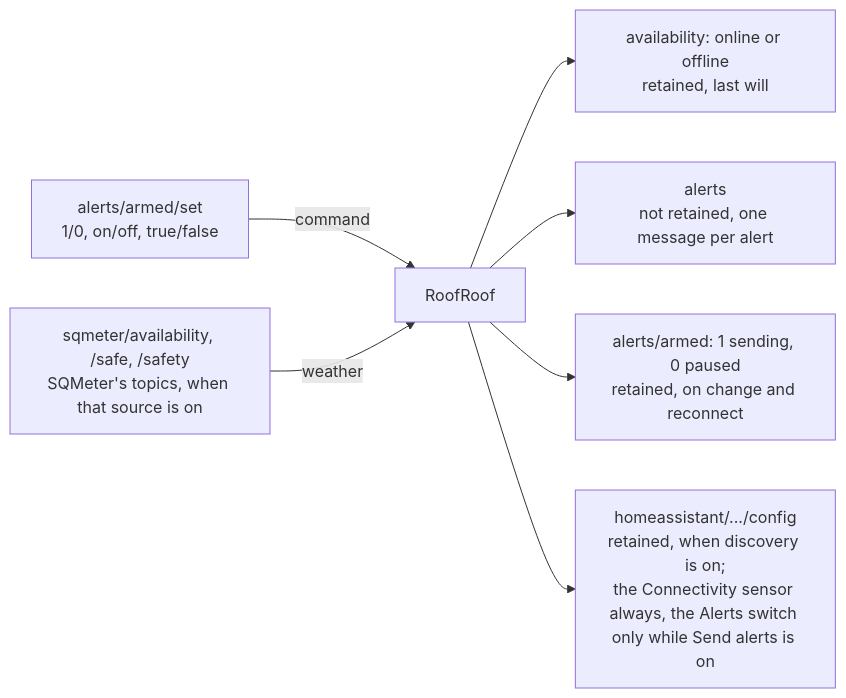
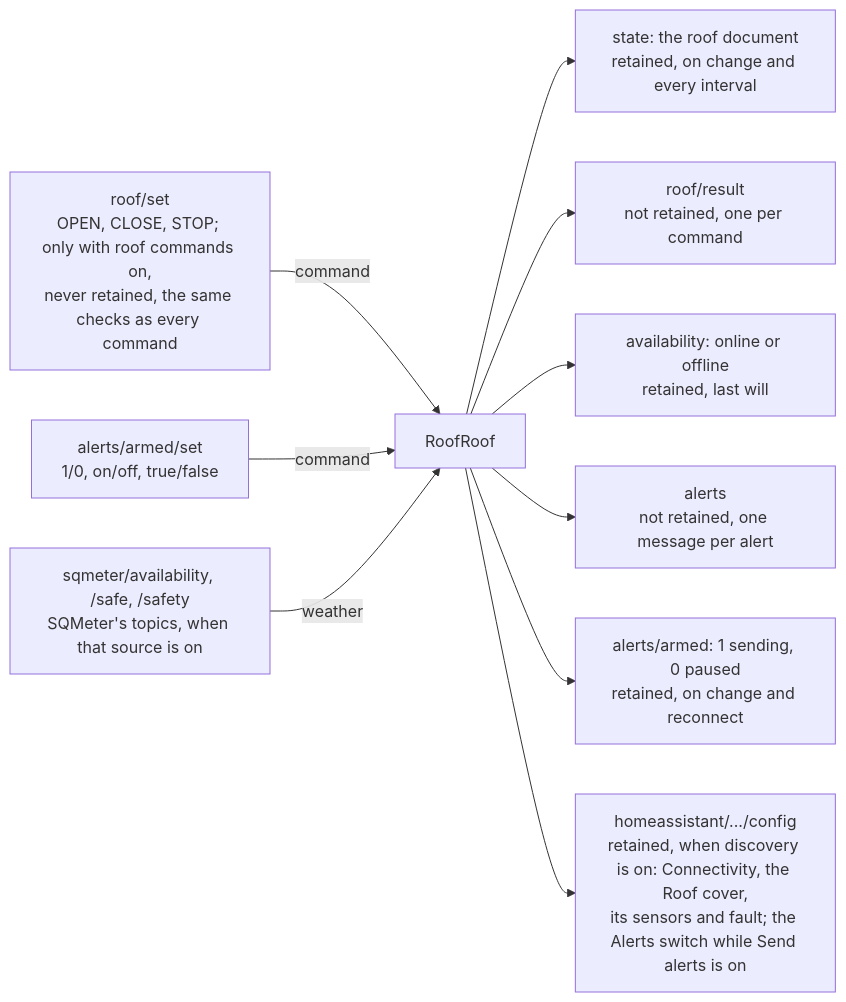
The diagram in docs/user-guide/mqtt.md (DeanJ87/RoofRoof), drawn with Mermaid before and after one commit. The commit also changed other lines of this file and 44 other files, not shown here.

Commit message:
008: MQTT roof commands, roof document, Home Assistant roof entities, close phase and checks in the status (WIP)

````diff
--- a/docs/user-guide/mqtt.md
+++ b/docs/user-guide/mqtt.md
@@ -68,11 +128,14 @@
 ```mermaid
 flowchart LR
     accTitle: MQTT topic map
-    accDescr: RoofRoof listens on alerts/armed/set and, when SQMeter over MQTT is a weather source, SQMeter's availability, safe and safety topics; it publishes availability, alerts and alerts/armed under its base topic, plus Home Assistant discovery under the discovery prefix.
-    SET["alerts/armed/set<br/>1/0, on/off, true/false"] -->|command| D["RoofRoof"]
+    accDescr: RoofRoof listens on roof/set (only with roof commands on, never retained, through the same checks as every command), alerts/armed/set and, when SQMeter over MQTT is a weather source, SQMeter's availability, safe and safety topics; it publishes state, roof/result, availability, alerts and alerts/armed under its base topic, plus Home Assistant discovery under the discovery prefix.
+    ROOFSET["roof/set<br/>OPEN, CLOSE, STOP; only with roof commands on,<br/>never retained, the same checks as every command"] -->|command| D["RoofRoof"]
+    SET["alerts/armed/set<br/>1/0, on/off, true/false"] -->|command| D
     SQM["sqmeter/availability, /safe, /safety<br/>SQMeter's topics, when that source is on"] -->|weather| D
+    D --> STATE["state: the roof document<br/>retained, on change and every interval"]
+    D --> RESULT["roof/result<br/>not retained, one per command"]
     D --> AVAIL["availability: online or offline<br/>retained, last will"]
     D --> ALERTS["alerts<br/>not retained, one message per alert"]
     D --> ARMED["alerts/armed: 1 sending, 0 paused<br/>retained, on change and reconnect"]
-    D --> DISC["homeassistant/.../config<br/>retained, when discovery is on;<br/>the Connectivity sensor always, the Alerts switch only while Send alerts is on"]
+    D --> DISC["homeassistant/.../config<br/>retained, when discovery is on: Connectivity, the Roof cover,<br/>its sensors and fault; the Alerts switch while Send alerts is on"]
 ```
````
